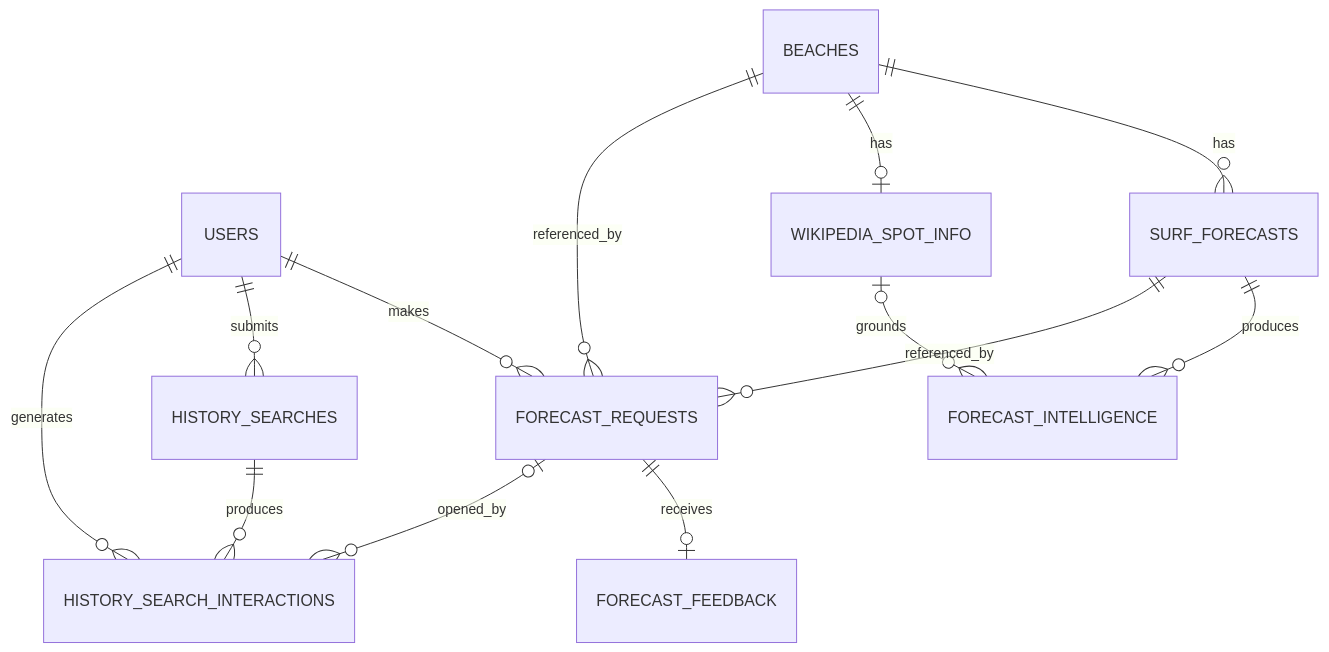
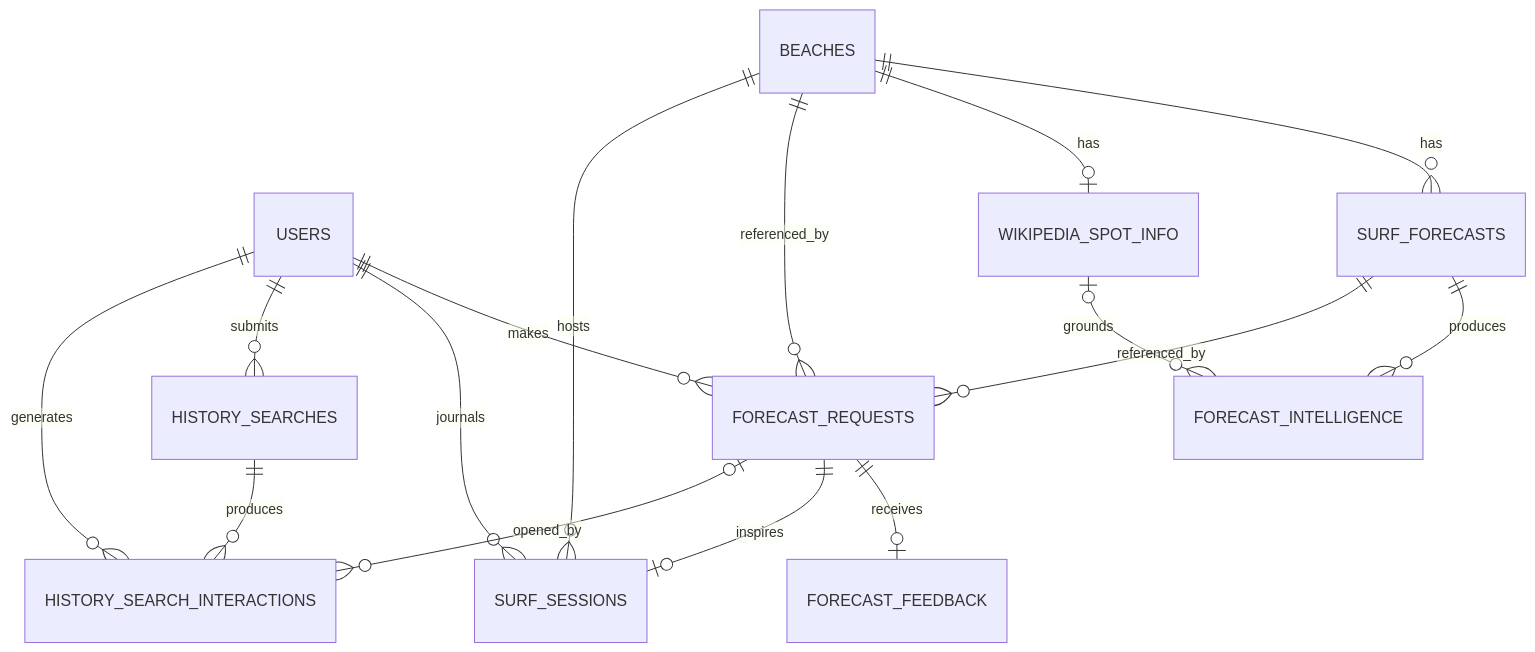
Before and after one commit to brianpthoms/profthoms-it401-final-project: the third of 3 diagrams in README.md, drawn with Mermaid. The commit also changed other lines of this file and 16 other files, not shown here.

````diff
--- a/README.md
+++ b/README.md
@@ -243,15 +246,18 @@
 ```mermaid
 erDiagram
     USERS ||--o{ FORECAST_REQUESTS : makes
+    USERS ||--o{ SURF_SESSIONS : journals
     USERS ||--o{ HISTORY_SEARCHES : submits
     USERS ||--o{ HISTORY_SEARCH_INTERACTIONS : generates
     BEACHES ||--o{ SURF_FORECASTS : has
     BEACHES ||--o| WIKIPEDIA_SPOT_INFO : has
     SURF_FORECASTS ||--o{ FORECAST_INTELLIGENCE : produces
     WIKIPEDIA_SPOT_INFO o|--o{ FORECAST_INTELLIGENCE : grounds
     BEACHES ||--o{ FORECAST_REQUESTS : referenced_by
     SURF_FORECASTS ||--o{ FORECAST_REQUESTS : referenced_by
     FORECAST_REQUESTS ||--o| FORECAST_FEEDBACK : receives
+    FORECAST_REQUESTS ||--o| SURF_SESSIONS : inspires
+    BEACHES ||--o{ SURF_SESSIONS : hosts
     HISTORY_SEARCHES ||--o{ HISTORY_SEARCH_INTERACTIONS : produces
     FORECAST_REQUESTS o|--o{ HISTORY_SEARCH_INTERACTIONS : opened_by
 ```
````
